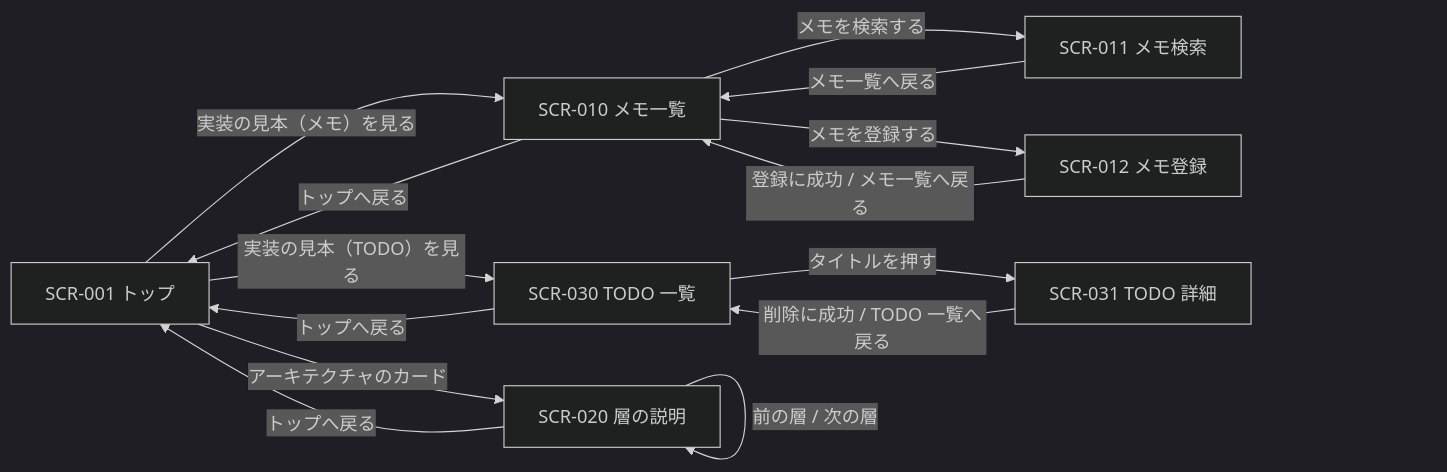
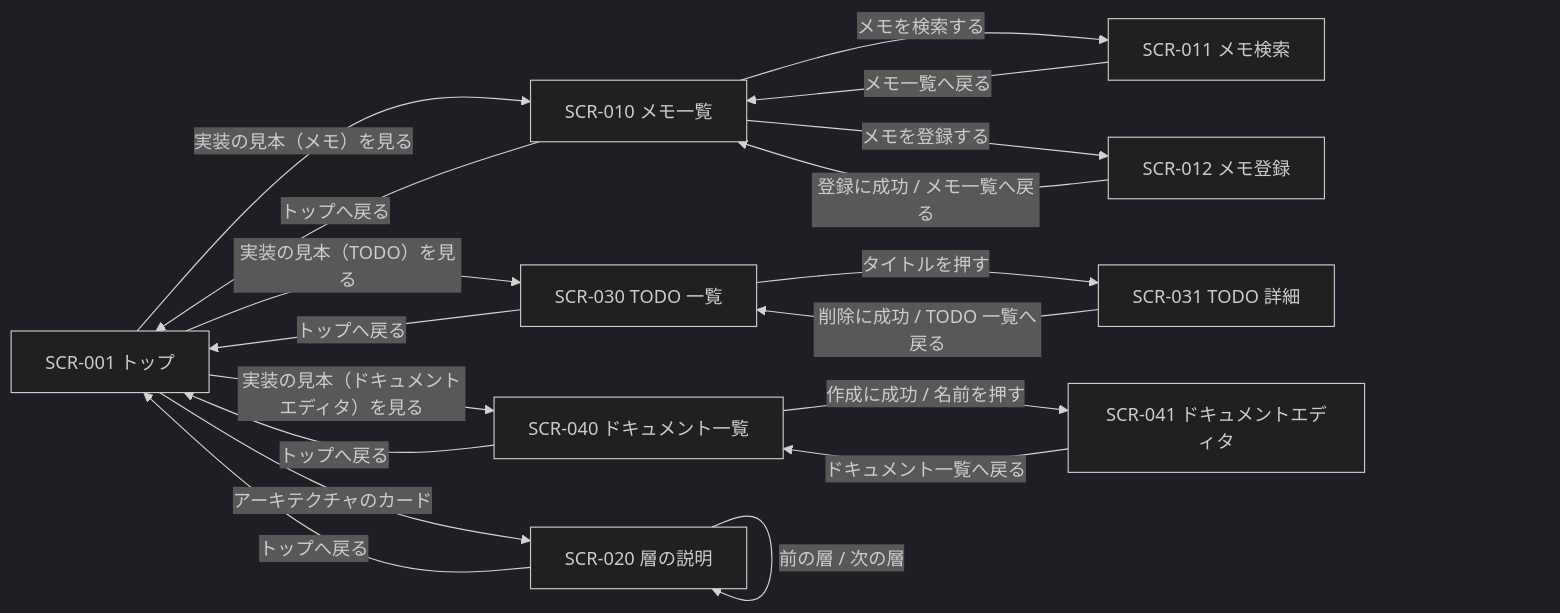
Before and after one commit to m-eiichi/next-dev-env: the diagram in docs/01_全体設計/01_サイトマップ・画面一覧.md, drawn with Mermaid (dark theme). The commit also changed other lines of this file and 47 other files, not shown here.

````diff
--- a/docs/01_全体設計/01_サイトマップ・画面一覧.md
+++ b/docs/01_全体設計/01_サイトマップ・画面一覧.md
@@ -45,23 +49,29 @@
 ```mermaid
 flowchart LR
   SCR001["SCR-001 トップ"]
   SCR010["SCR-010 メモ一覧"]
   SCR001 -->|実装の見本（メモ）を見る| SCR010
   SCR010 -->|トップへ戻る| SCR001
   SCR011["SCR-011 メモ検索"]
   SCR010 -->|メモを検索する| SCR011
   SCR011 -->|メモ一覧へ戻る| SCR010
   SCR012["SCR-012 メモ登録"]
   SCR010 -->|メモを登録する| SCR012
   SCR012 -->|登録に成功 / メモ一覧へ戻る| SCR010
   SCR030["SCR-030 TODO 一覧"]
   SCR031["SCR-031 TODO 詳細"]
   SCR001 -->|実装の見本（TODO）を見る| SCR030
   SCR030 -->|タイトルを押す| SCR031
   SCR031 -->|削除に成功 / TODO 一覧へ戻る| SCR030
   SCR030 -->|トップへ戻る| SCR001
+  SCR040["SCR-040 ドキュメント一覧"]
+  SCR041["SCR-041 ドキュメントエディタ"]
+  SCR001 -->|実装の見本（ドキュメントエディタ）を見る| SCR040
+  SCR040 -->|作成に成功 / 名前を押す| SCR041
+  SCR041 -->|ドキュメント一覧へ戻る| SCR040
+  SCR040 -->|トップへ戻る| SCR001
   SCR020["SCR-020 層の説明"]
   SCR001 -->|アーキテクチャのカード| SCR020
   SCR020 -->|前の層 / 次の層| SCR020
   SCR020 -->|トップへ戻る| SCR001
 ```
````
